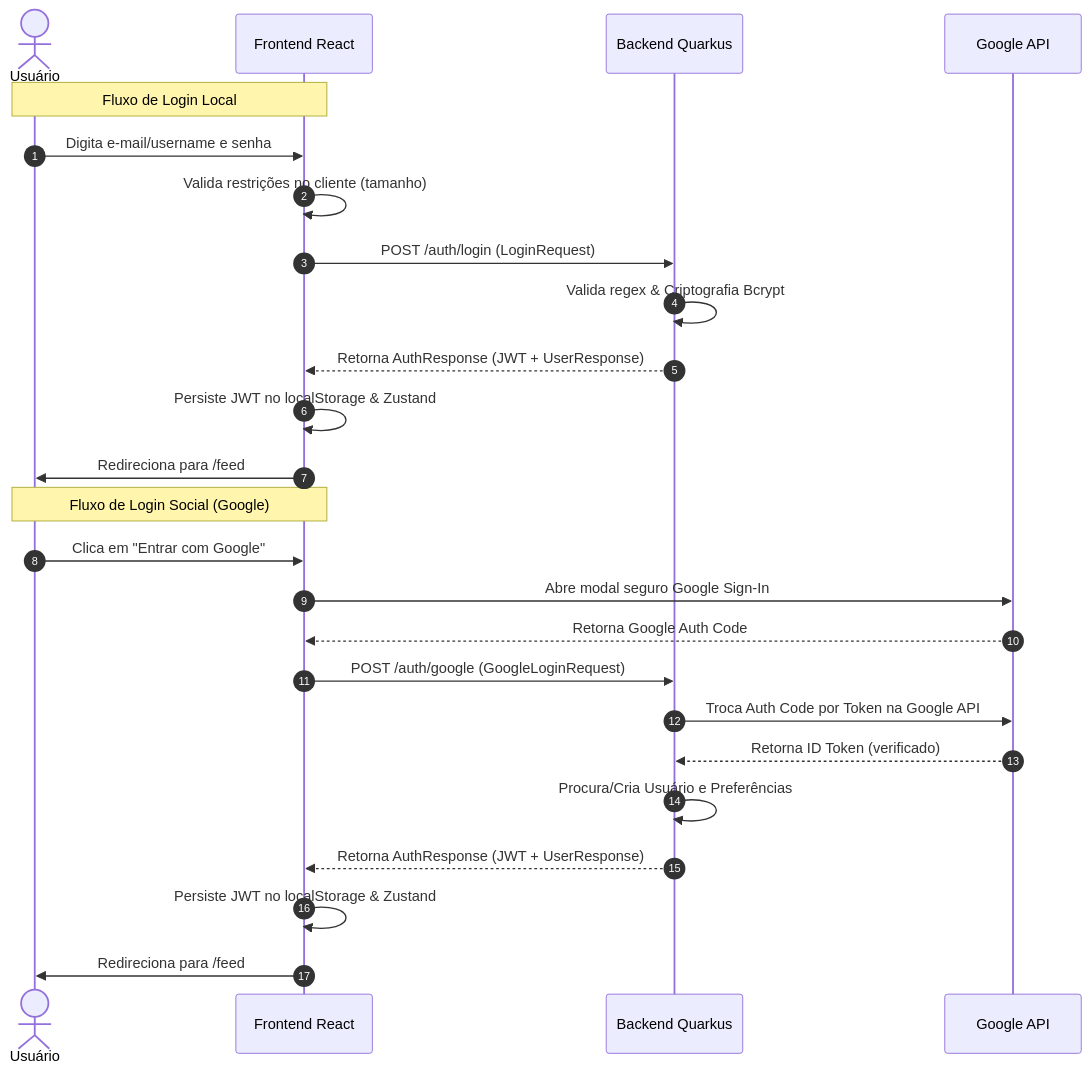
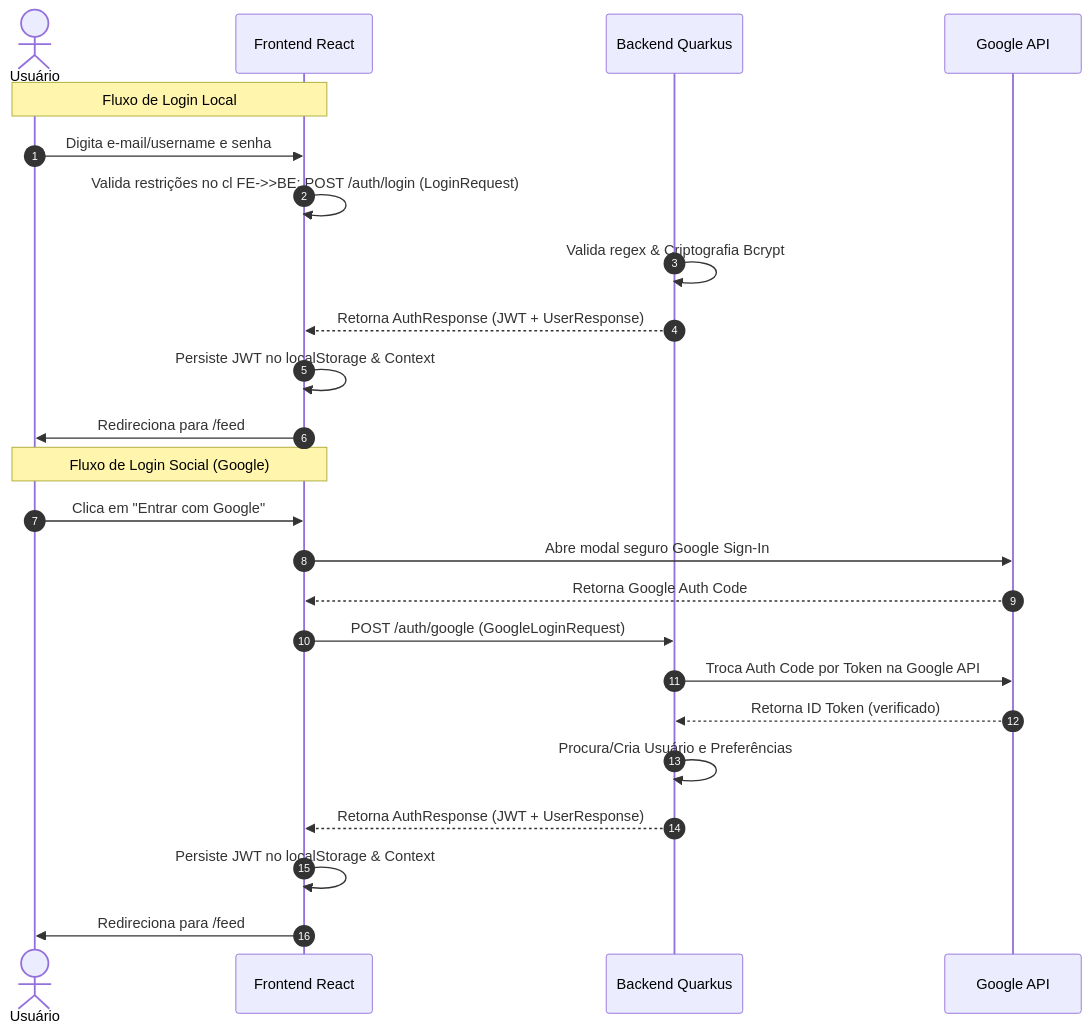
Before and after one commit to erickramosxp/Transcendence: the diagram in docs/auth_flow.md, drawn with Mermaid. The commit also changed other lines of this file and 5 other files, not shown here.

````diff
--- a/docs/auth_flow.md
+++ b/docs/auth_flow.md
@@ -9,29 +9,28 @@
 ```mermaid
 sequenceDiagram
     autonumber
     actor User as Usuário
     participant FE as Frontend React
     participant BE as Backend Quarkus
     participant GO as Google API
 
     Note over User, FE: Fluxo de Login Local
     User->>FE: Digita e-mail/username e senha
-    FE->>FE: Valida restrições no cliente (tamanho)
-    FE->>BE: POST /auth/login (LoginRequest)
+    FE->>FE: Valida restrições no cl    FE->>BE: POST /auth/login (LoginRequest)
     BE->>BE: Valida regex & Criptografia Bcrypt
     BE-->>FE: Retorna AuthResponse (JWT + UserResponse)
-    FE->>FE: Persiste JWT no localStorage & Zustand
+    FE->>FE: Persiste JWT no localStorage & Context
     FE->>User: Redireciona para /feed
 
     Note over User, FE: Fluxo de Login Social (Google)
     User->>FE: Clica em "Entrar com Google"
     FE->>GO: Abre modal seguro Google Sign-In
     GO-->>FE: Retorna Google Auth Code
     FE->>BE: POST /auth/google (GoogleLoginRequest)
     BE->>GO: Troca Auth Code por Token na Google API
     GO-->>BE: Retorna ID Token (verificado)
     BE->>BE: Procura/Cria Usuário e Preferências
     BE-->>FE: Retorna AuthResponse (JWT + UserResponse)
-    FE->>FE: Persiste JWT no localStorage & Zustand
+    FE->>FE: Persiste JWT no localStorage & Context
     FE->>User: Redireciona para /feed
 ```
````
